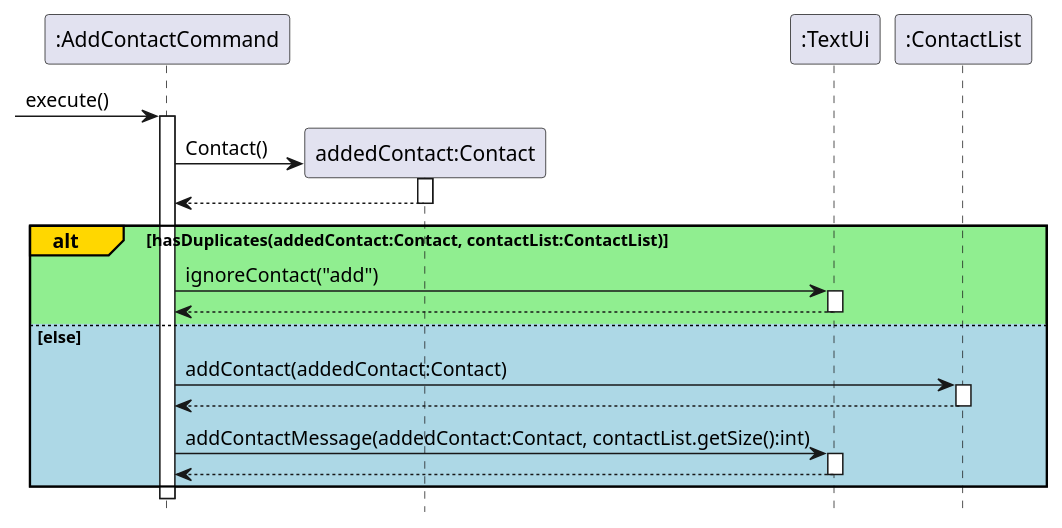
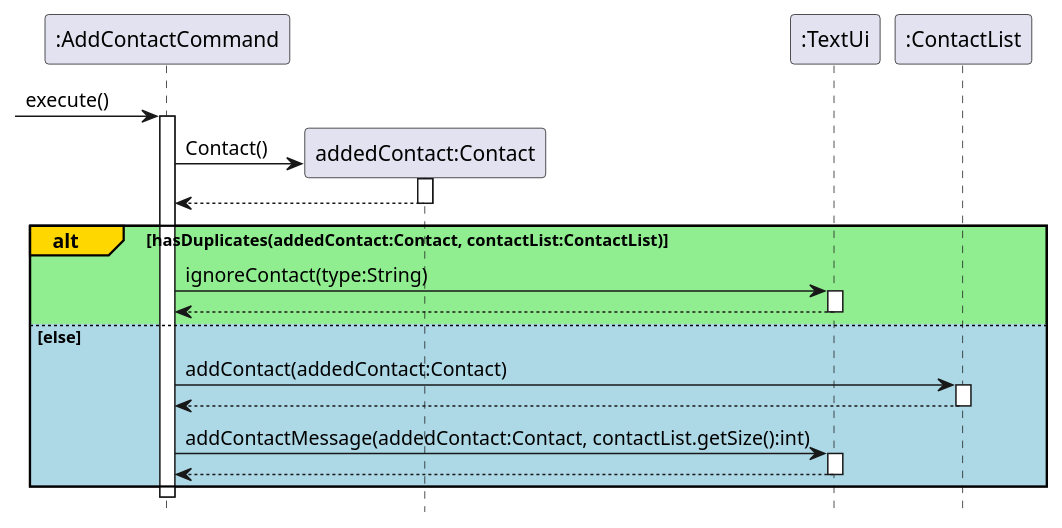
The diagram in docs/diagrams/AddContactCommand.puml (nus-cs2113-AY2122S1/tp), drawn with PlantUML before and after one commit. The commit also changed 11 other files, not shown here.

Commit message:
Update diagrams based on DG Review

```diff
--- a/docs/diagrams/AddContactCommand.puml
+++ b/docs/diagrams/AddContactCommand.puml
@@ -1,32 +1,33 @@
 @startuml
 hide footbox
 'https://plantuml.com/sequence-diagram
 -> ":AddContactCommand": execute()
 activate ":AddContactCommand"
 
 create "addedContact:Contact"
 ":AddContactCommand" -> "addedContact:Contact":Contact()
 activate "addedContact:Contact"
 
 "addedContact:Contact" --> ":AddContactCommand"
 deactivate "addedContact:Contact"
 
 alt#gold #lightgreen hasDuplicates(addedContact:Contact, contactList:ContactList)
-    ":AddContactCommand" -> ":TextUi":ignoreContact("add")
+    ":AddContactCommand" -> ":TextUi":ignoreContact(type:String)
     activate ":TextUi"
     ":TextUi" --> ":AddContactCommand"
     deactivate ":TextUi"
 
 else #lightblue else
     ":AddContactCommand" -> ":ContactList":addContact(addedContact:Contact)
     activate ":ContactList"
     ":ContactList" --> ":AddContactCommand"
     deactivate ":ContactList"
 
     ":AddContactCommand" -> ":TextUi":addContactMessage(addedContact:Contact, contactList.getSize():int)
     activate ":TextUi"
     ":TextUi" --> ":AddContactCommand"
     deactivate ":TextUi"
 end
+deactivate ":AddContactCommand"
 
 @enduml
```
